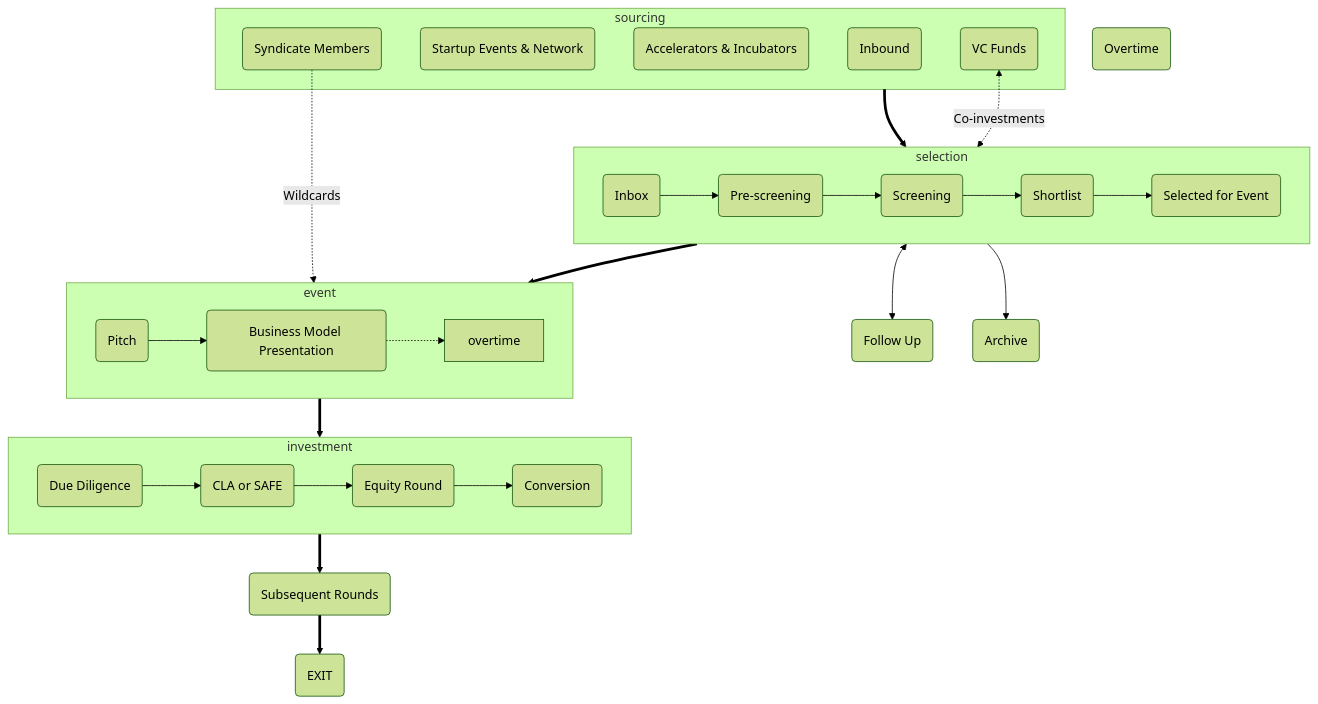
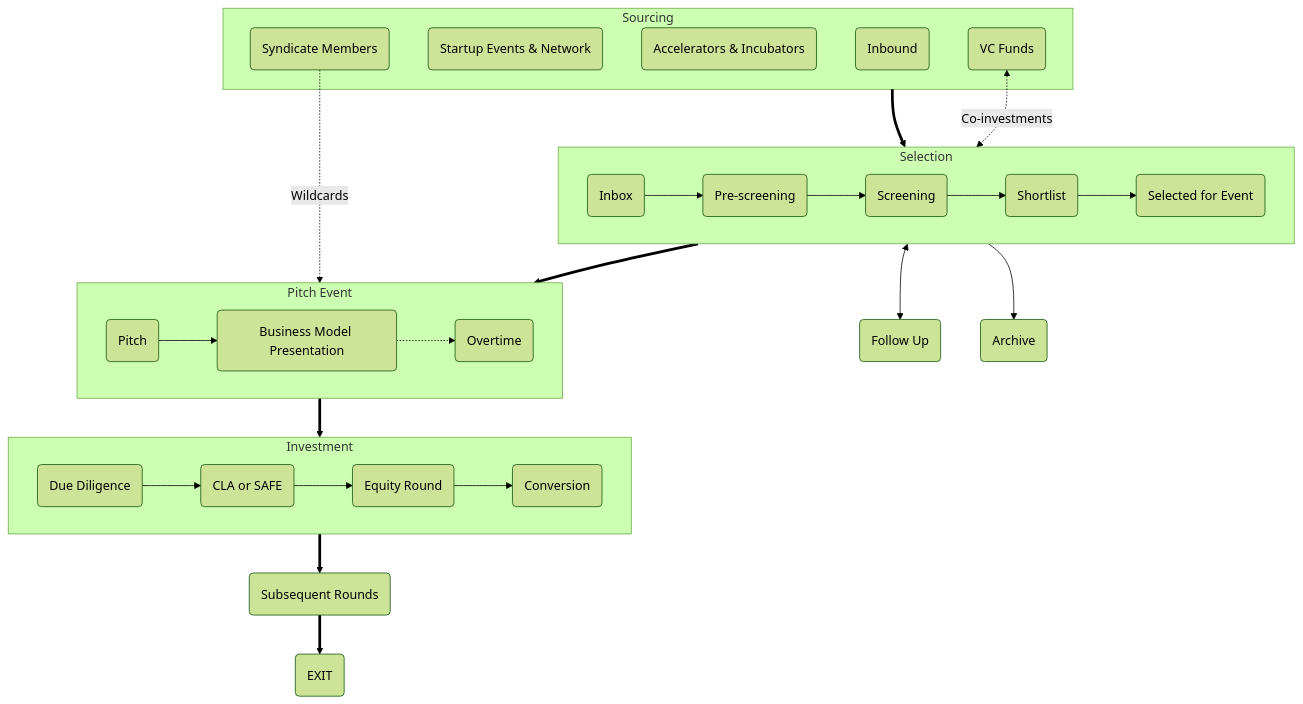
Before and after one commit to kdsp-net/gluon-web: the diagram in content/english/how-we-invest/_index.md, drawn with Mermaid (forest theme). The commit also changed other lines of this file and 6 other files, not shown here.

```diff
--- a/content/english/how-we-invest/_index.md
+++ b/content/english/how-we-invest/_index.md
@@ -31,7 +23,7 @@
 archive("Archive")
 firstRound("Pitch")
 secondRound("Business Model Presentation")
-eovertime("Overtime")
+overtime("Overtime")
 dueDiligence("Due Diligence")
 note("CLA or SAFE")
 qualifiedRound("Equity Round")
@@ -59,7 +51,7 @@
 click subsequentRounds href "https://kb.gluon.vc/Knowledge+Base/How+We+Invest/Subsequent+Rounds+and+Exit#Subsequent+Rounds"
 click exit href "https://kb.gluon.vc/Knowledge+Base/How+We+Invest/Subsequent+Rounds+and+Exit#Exit"
 
-subgraph sourcing
+subgraph sourcing[Sourcing]
   inbound
   events
   accelerators
@@ -70,7 +62,7 @@
 vc <-. "Co-investments" .-> selection
 sourcing ==> selection
 
-subgraph selection
+subgraph selection[Selection]
   direction LR
   inbox --> prescreening
   prescreening --> screening
@@ -84,7 +76,7 @@
 
 members -. "Wildcards" .-> event  
 
-subgraph event
+subgraph event[Pitch Event]
   direction LR
   firstRound --> secondRound
   secondRound .-> overtime
@@ -92,7 +84,7 @@
 
 event ==> investment  
 
-subgraph investment
+subgraph investment[Investment]
   direction LR
   dueDiligence --> note
   note --> qualifiedRound
```
